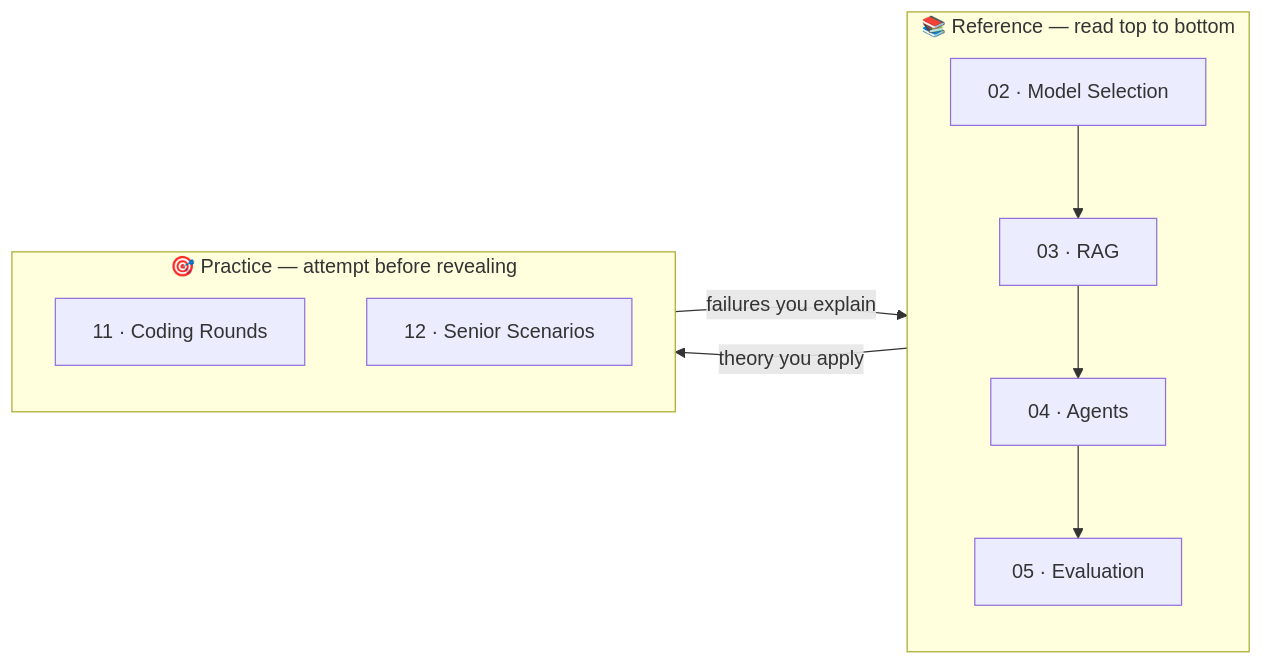
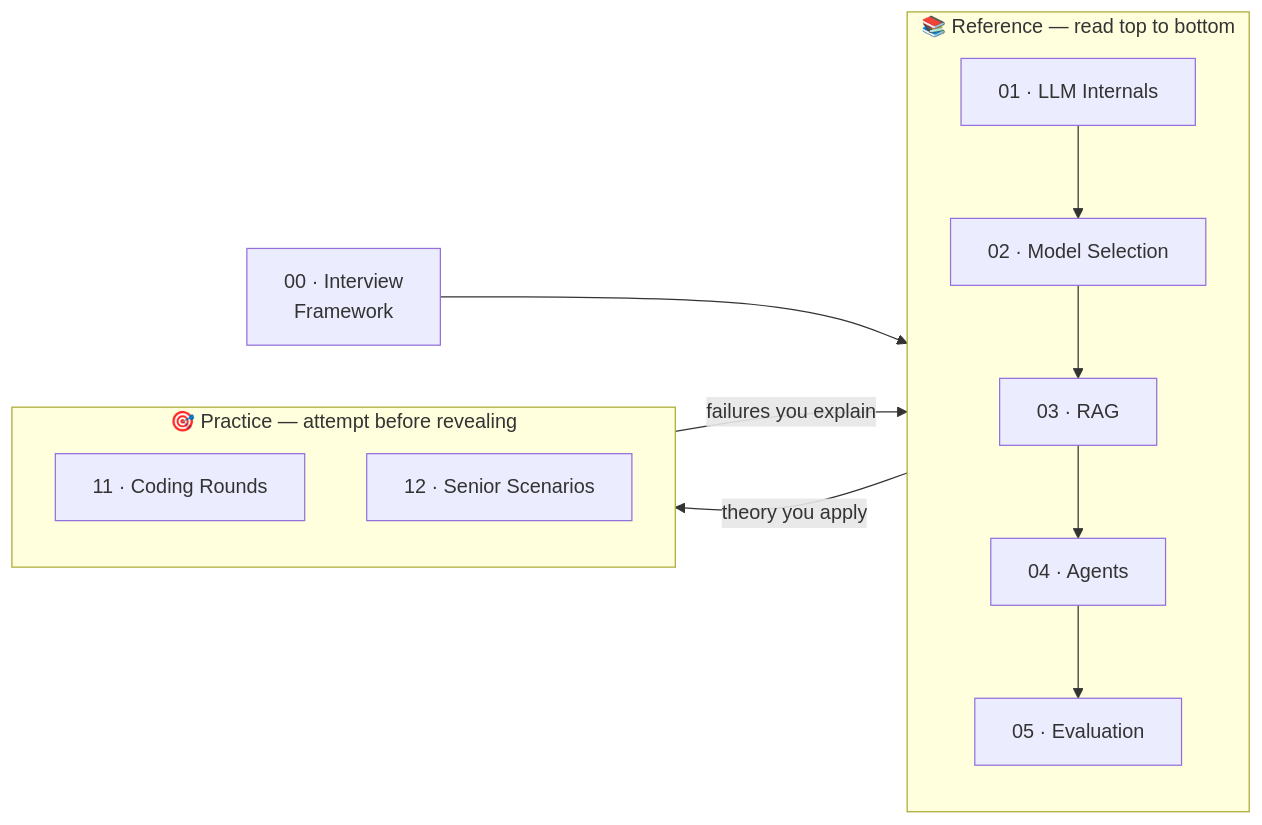
Before and after one commit to Laleeth/The-AI-Engineer-s-Playbook: the diagram in README.md, drawn with Mermaid. The commit also changed other lines of this file and 65 other files, not shown here.

````diff
--- a/README.md
+++ b/README.md
@@ -67,18 +67,21 @@
 ```mermaid
 flowchart LR
+    G["00 · Interview<br/>Framework"] --> REF
+
     subgraph REF["📚 Reference — read top to bottom"]
         direction TB
-        A["02 · Model Selection"] --> B["03 · RAG"]
+        Z["01 · LLM Internals"] --> A["02 · Model Selection"]
+        A --> B["03 · RAG"]
         B --> C["04 · Agents"]
         C --> D["05 · Evaluation"]
     end
 
     subgraph PRAC["🎯 Practice — attempt before revealing"]
         direction TB
         E["11 · Coding Rounds"]
         F["12 · Senior Scenarios"]
     end
 
     REF -->|"theory you apply"| PRAC
     PRAC -->|"failures you explain"| REF
 ```
````
